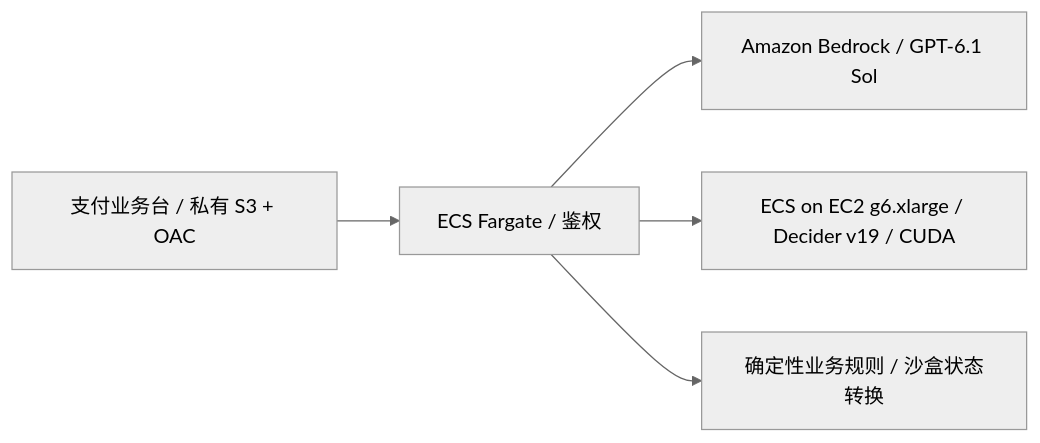
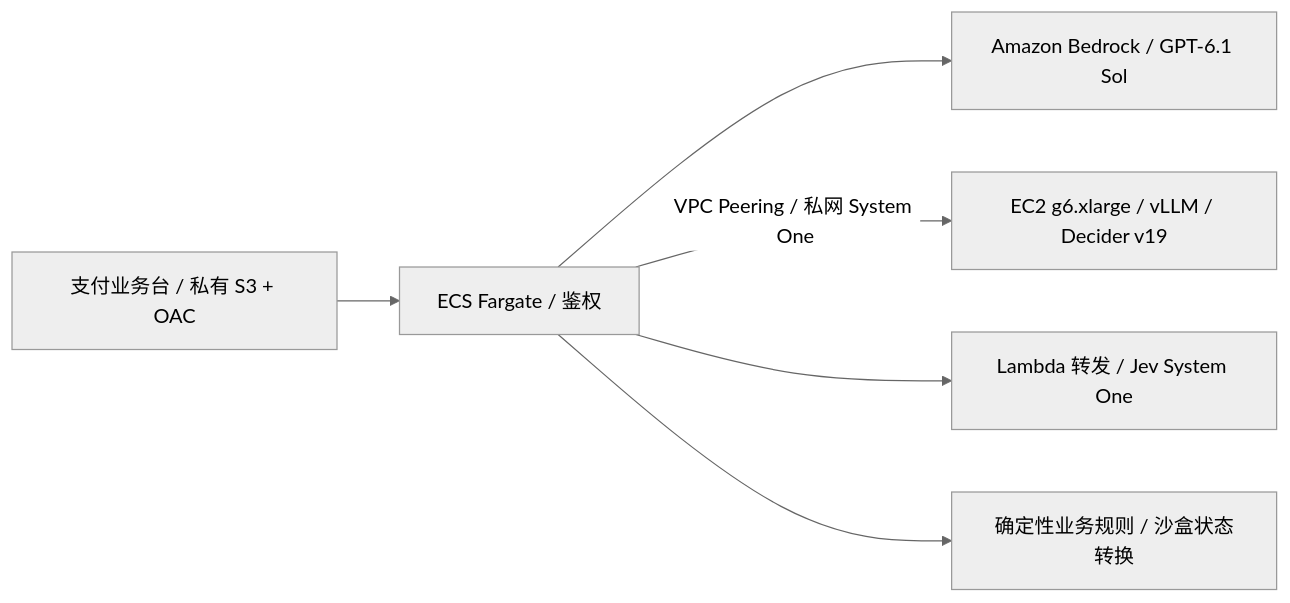
The diagram in deployment/CRYPTO.md (milan9527/StrandsDecider), drawn with Mermaid (neutral theme) before and after one commit. The commit also changed other lines of this file and 526 other files, not shown here.

First line of the commit message:
Use shared vLLM inference across all Decider demo modules

````diff
--- a/deployment/CRYPTO.md
+++ b/deployment/CRYPTO.md
@@ -145,7 +145,8 @@
 ```mermaid
 flowchart LR
     UI[支付业务台 / 私有 S3 + OAC] --> API[ECS Fargate / 鉴权]
     API --> GPT[Amazon Bedrock / GPT-6.1 Sol]
-    API --> Decider[ECS on EC2 g6.xlarge / Decider v19 / CUDA]
+    API -->|VPC Peering / 私网 System One| Decider[EC2 g6.xlarge / vLLM / Decider v19]
+    API --> Jev[Lambda 转发 / Jev System One]
     API --> Policy[确定性业务规则 / 沙盒状态转换]
 ```
````
